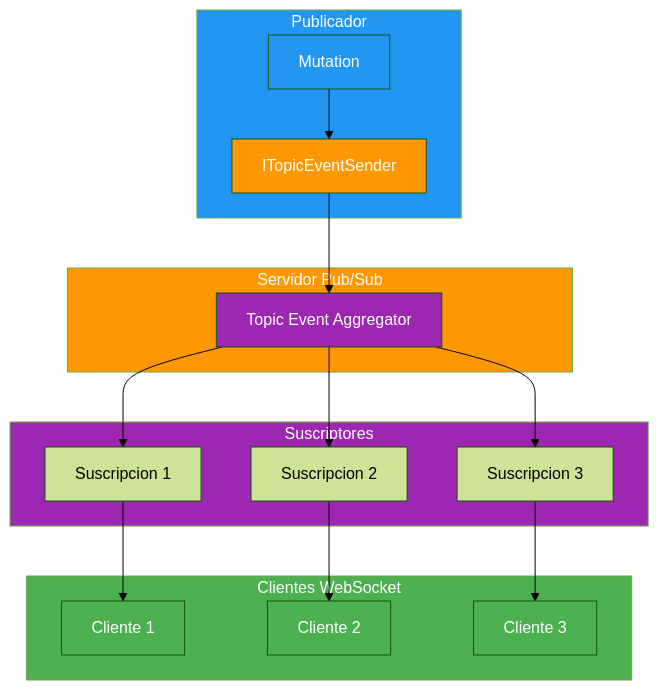
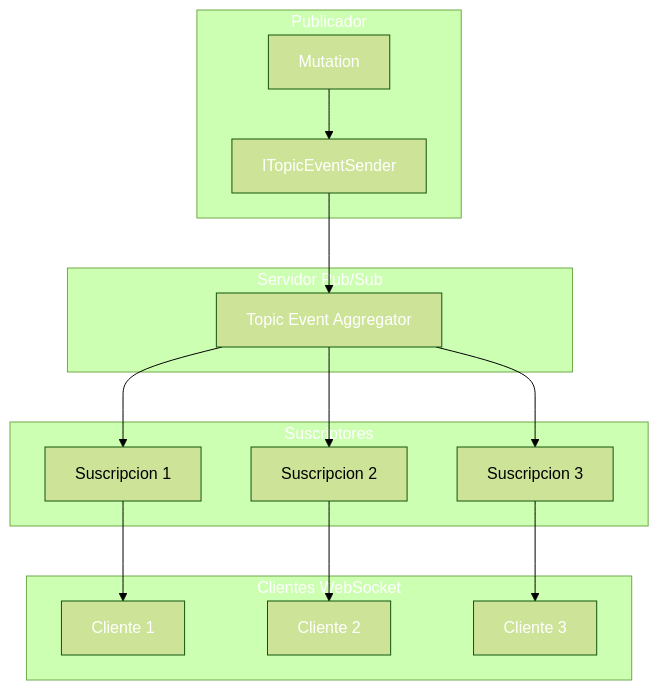
Before and after one commit to joseluisgs/DesarrolloWebEntornosServidor-02-2026-2027: the sixth of 10 diagrams in 19-graphql.md, drawn with Mermaid (forest theme). The commit also changed other lines of this file and 41 other files, not shown here.

````diff
--- a/19-graphql.md
+++ b/19-graphql.md
@@ -721,33 +721,33 @@
 ```mermaid
 graph TB
     subgraph PUBLICADOR["Publicador"]
         A[Mutation] --> B[ITopicEventSender]
     end
 
     subgraph SERVIDOR["Servidor Pub/Sub"]
         B --> C[Topic Event Aggregator]
     end
 
     subgraph SUSCRIPCIONES["Suscriptores"]
         C --> D[Suscripcion 1]
         C --> E[Suscripcion 2]
         C --> F[Suscripcion 3]
     end
 
     subgraph CLIENTES["Clientes WebSocket"]
         D --> G[Cliente 1]
         E --> H[Cliente 2]
         F --> I[Cliente 3]
     end
 
-    style PUBLICADOR fill:#2196F3,color:#fff
-    style SERVIDOR fill:#FF9800,color:#fff
-    style SUSCRIPCIONES fill:#9C27B0,color:#fff
-    style CLIENTES fill:#4CAF50,color:#fff
-    style A fill:#2196F3,color:#fff
-    style B fill:#FF9800,color:#fff
-    style C fill:#9C27B0,color:#fff
-    style G fill:#4CAF50,color:#fff
-    style H fill:#4CAF50,color:#fff
-    style I fill:#4CAF50,color:#fff
+    style PUBLICADOR fill:#2196F,color:#fff3,color:#fff
+    style SERVIDOR fill:#FF980,color:#fff0,color:#fff
+    style SUSCRIPCIONES fill:#9C27B,color:#fff0,color:#fff
+    style CLIENTES fill:#4CAF5,color:#fff0,color:#fff
+    style A fill:#2196F,color:#fff3,color:#fff
+    style B fill:#FF980,color:#fff0,color:#fff
+    style C fill:#9C27B,color:#fff0,color:#fff
+    style G fill:#4CAF5,color:#fff0,color:#fff
+    style H fill:#4CAF5,color:#fff0,color:#fff
+    style I fill:#4CAF5,color:#fff0,color:#fff
 ```
````
